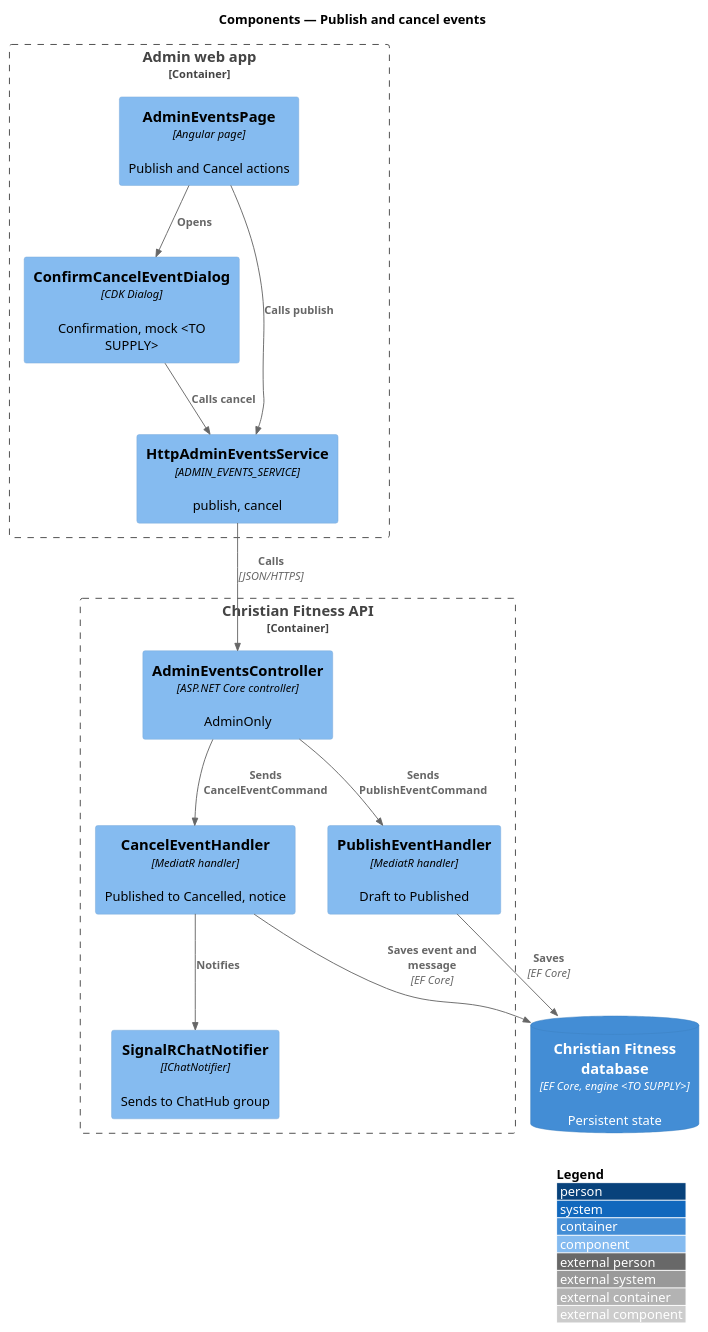
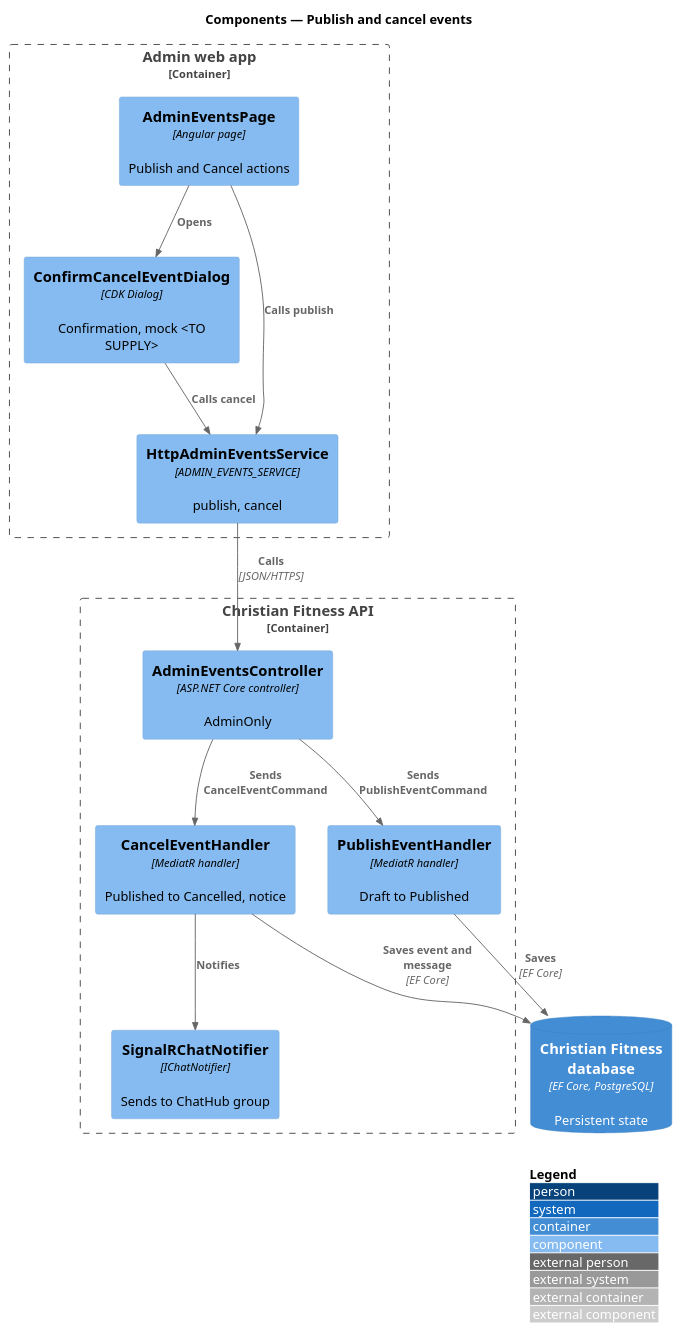
Before and after one commit to QuinntyneBrown/christian-fitness: the diagram in docs/detailed-designs/admin-events/publish-and-cancel-events/diagrams/c4-component.puml, drawn with PlantUML. The commit also changed 137 other files, not shown here.

First line of the commit message:
Align slice 1.2 requirements and designs: PostgreSQL, settings page, health and ProblemDetails codes

```diff
--- a/docs/detailed-designs/admin-events/publish-and-cancel-events/diagrams/c4-component.puml
+++ b/docs/detailed-designs/admin-events/publish-and-cancel-events/diagrams/c4-component.puml
@@ -1,28 +1,28 @@
 @startuml
 !include <C4/C4_Component>
 LAYOUT_WITH_LEGEND()
 title Components — Publish and cancel events
 
 Container_Boundary(admin, "Admin web app") {
   Component(page, "AdminEventsPage", "Angular page", "Publish and Cancel actions")
   Component(confirm, "ConfirmCancelEventDialog", "CDK Dialog", "Confirmation, mock <TO SUPPLY>")
   Component(svc, "HttpAdminEventsService", "ADMIN_EVENTS_SERVICE", "publish, cancel")
 }
 Container_Boundary(api, "Christian Fitness API") {
   Component(ctrl, "AdminEventsController", "ASP.NET Core controller", "AdminOnly")
   Component(pub, "PublishEventHandler", "MediatR handler", "Draft to Published")
   Component(can, "CancelEventHandler", "MediatR handler", "Published to Cancelled, notice")
   Component(notify, "SignalRChatNotifier", "IChatNotifier", "Sends to ChatHub group")
 }
-ContainerDb(db, "Christian Fitness database", "EF Core, engine <TO SUPPLY>", "Persistent state")
+ContainerDb(db, "Christian Fitness database", "EF Core, PostgreSQL", "Persistent state")
 
 Rel(page, confirm, "Opens")
 Rel(page, svc, "Calls publish")
 Rel(confirm, svc, "Calls cancel")
 Rel(svc, ctrl, "Calls", "JSON/HTTPS")
 Rel(ctrl, pub, "Sends PublishEventCommand")
 Rel(ctrl, can, "Sends CancelEventCommand")
 Rel(can, notify, "Notifies")
 Rel(pub, db, "Saves", "EF Core")
 Rel(can, db, "Saves event and message", "EF Core")
 @enduml
```
